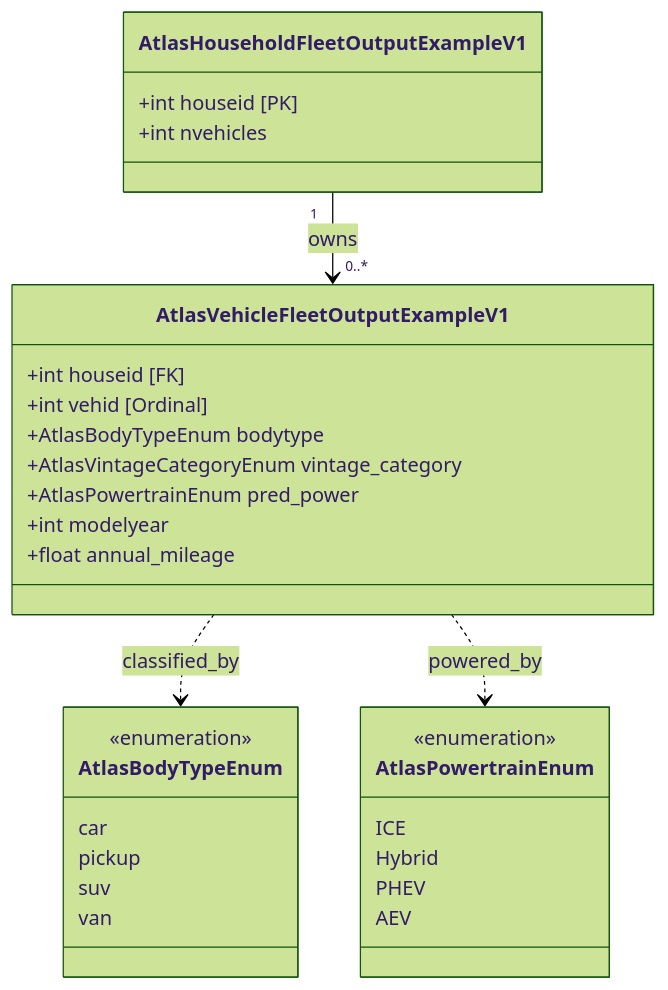
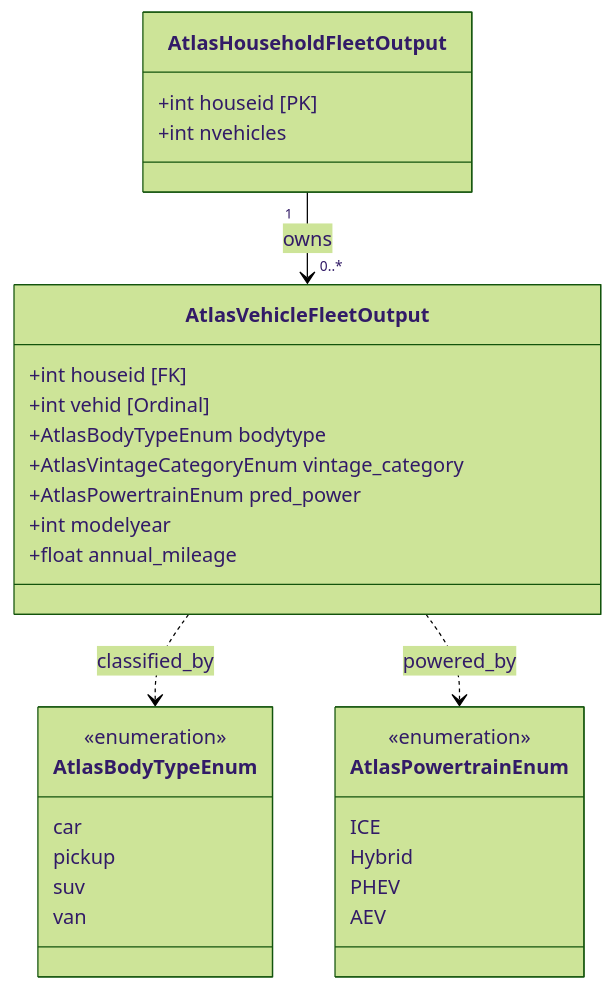
One commit to LBNL-UCB-STI/synergy-schema changed the fourth of 5 diagrams in docs/cross-model-mappings/deliverable_1_uml.md. Above: the diagram before and after it, drawn with Mermaid (forest theme). The commit also changed other lines of this file and 18 other files, not shown here.

Commit message:
feat(schema): promote example classes to authoritative and integrate toc navigation

````diff
--- a/docs/cross-model-mappings/deliverable_1_uml.md
+++ b/docs/cross-model-mappings/deliverable_1_uml.md
@@ -166,33 +166,33 @@
 ```mermaid
 classDiagram
-    class AtlasHouseholdFleetOutputExampleV1 {
+    class AtlasHouseholdFleetOutput {
         +int houseid [PK]
         +int nvehicles
     }
-    class AtlasVehicleFleetOutputExampleV1 {
+    class AtlasVehicleFleetOutput {
         +int houseid [FK]
         +int vehid [Ordinal]
         +AtlasBodyTypeEnum bodytype
         +AtlasVintageCategoryEnum vintage_category
         +AtlasPowertrainEnum pred_power
         +int modelyear
         +float annual_mileage
     }
     class AtlasBodyTypeEnum {
         <<enumeration>>
         car
         pickup
         suv
         van
     }
     class AtlasPowertrainEnum {
         <<enumeration>>
         ICE
         Hybrid
         PHEV
         AEV
     }
-    AtlasHouseholdFleetOutputExampleV1 "1" --> "0..*" AtlasVehicleFleetOutputExampleV1 : owns
-    AtlasVehicleFleetOutputExampleV1 ..> AtlasBodyTypeEnum : classified_by
-    AtlasVehicleFleetOutputExampleV1 ..> AtlasPowertrainEnum : powered_by
+    AtlasHouseholdFleetOutput "1" --> "0..*" AtlasVehicleFleetOutput : owns
+    AtlasVehicleFleetOutput ..> AtlasBodyTypeEnum : classified_by
+    AtlasVehicleFleetOutput ..> AtlasPowertrainEnum : powered_by
 ```
````
